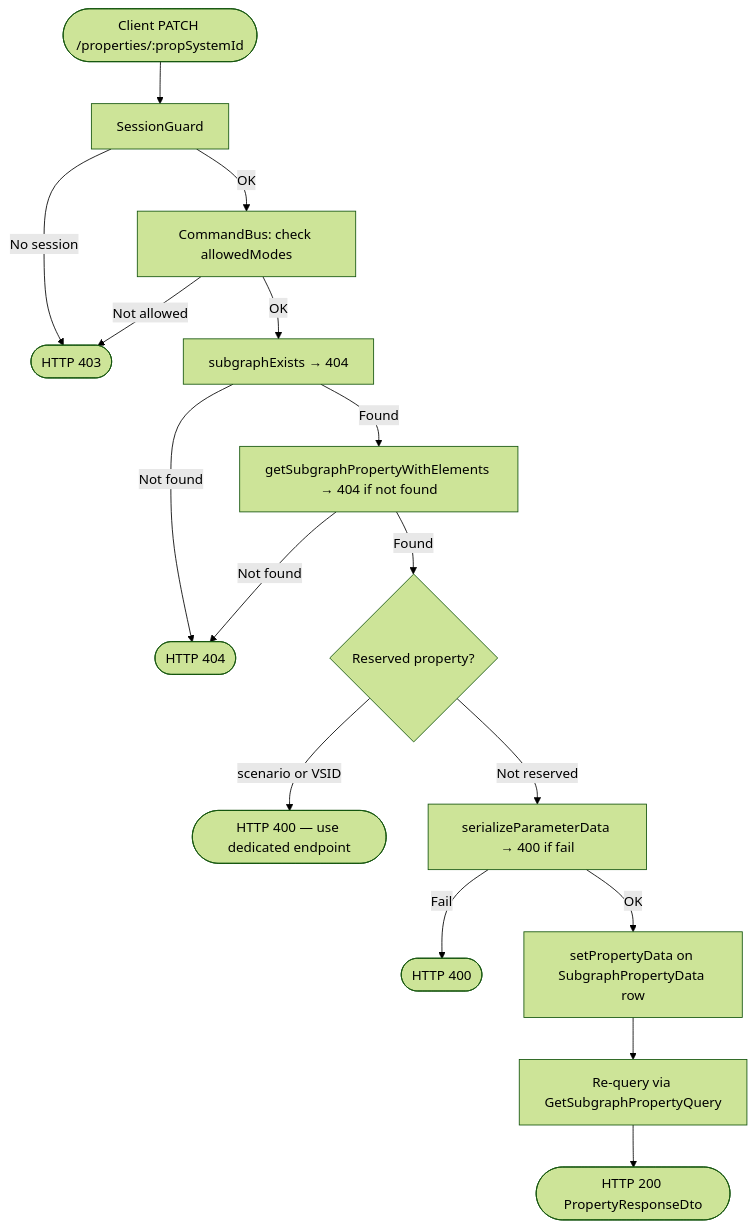
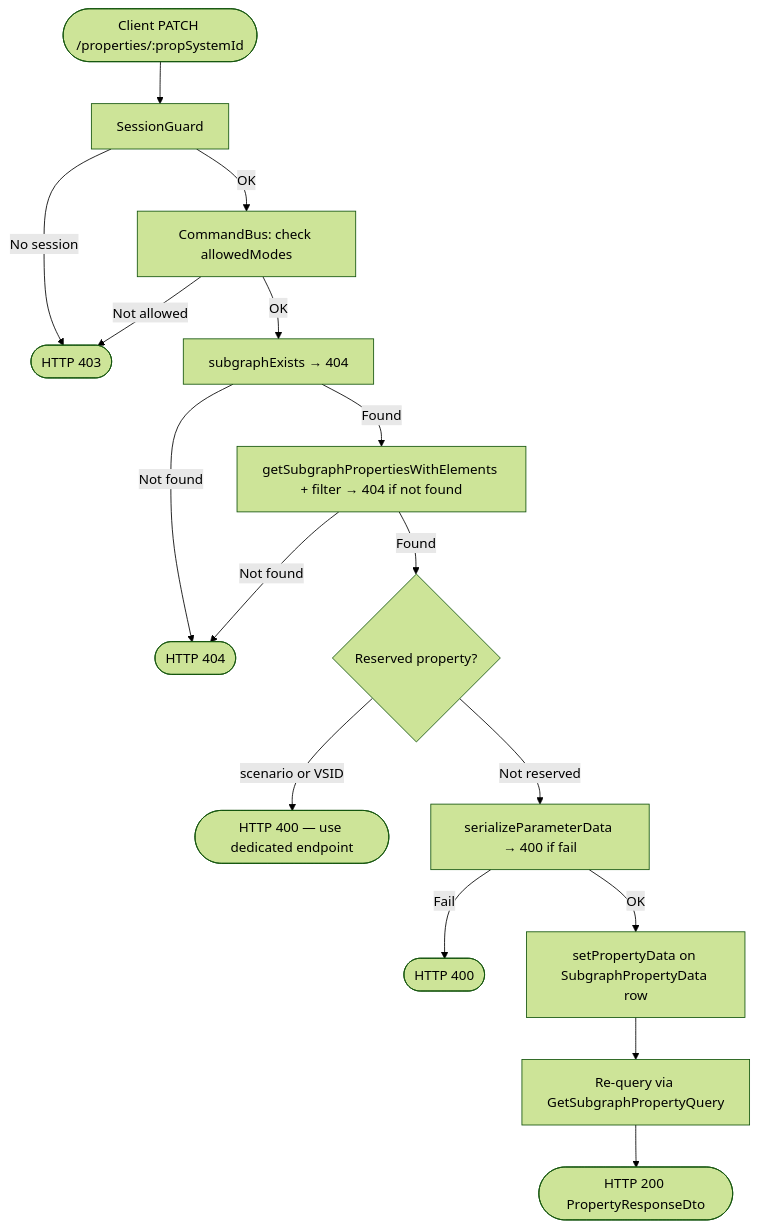
The second of 3 diagrams in docs/property-data/design/set-subgraph-property-design.md (AudioReach/audioreach-creator-backend), drawn with Mermaid (forest theme) before and after one commit. The commit also changed other lines of this file and 28 other files, not shown here.

````diff
--- a/docs/property-data/design/set-subgraph-property-design.md
+++ b/docs/property-data/design/set-subgraph-property-design.md
@@ -164,18 +164,18 @@
 ```mermaid
 flowchart TD
     A([Client PATCH /properties/:propSystemId]) --> B[SessionGuard]
     B -->|No session| C([HTTP 403])
     B -->|OK| D[CommandBus: check allowedModes]
     D -->|Not allowed| C
     D -->|OK| E[subgraphExists → 404]
     E -->|Not found| F([HTTP 404])
-    E -->|Found| G[getSubgraphPropertyWithElements → 404 if not found]
+    E -->|Found| G[getSubgraphPropertiesWithElements + filter → 404 if not found]
     G -->|Not found| F
     G -->|Found| H{Reserved property?}
     H -->|scenario or VSID| I([HTTP 400 — use dedicated endpoint])
     H -->|Not reserved| J[serializeParameterData → 400 if fail]
     J -->|Fail| K([HTTP 400])
     J -->|OK| L[setPropertyData on SubgraphPropertyData row]
     L --> M[Re-query via GetSubgraphPropertyQuery]
     M --> N([HTTP 200 PropertyResponseDto])
 ```
````
